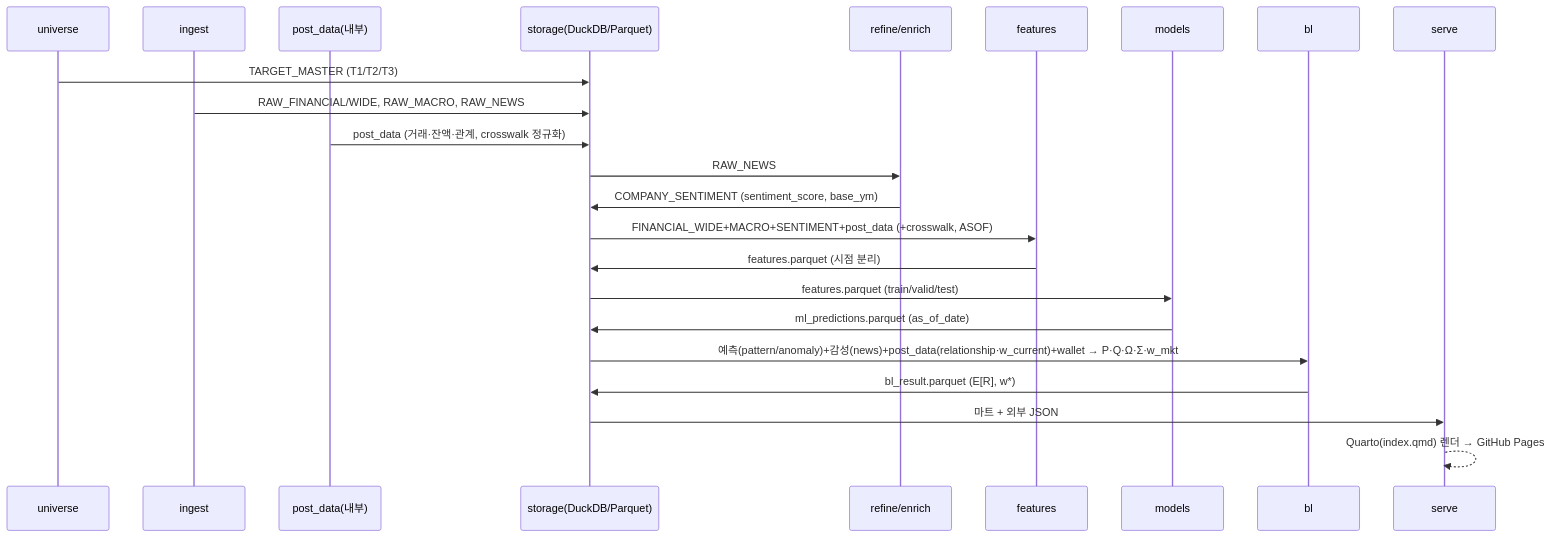
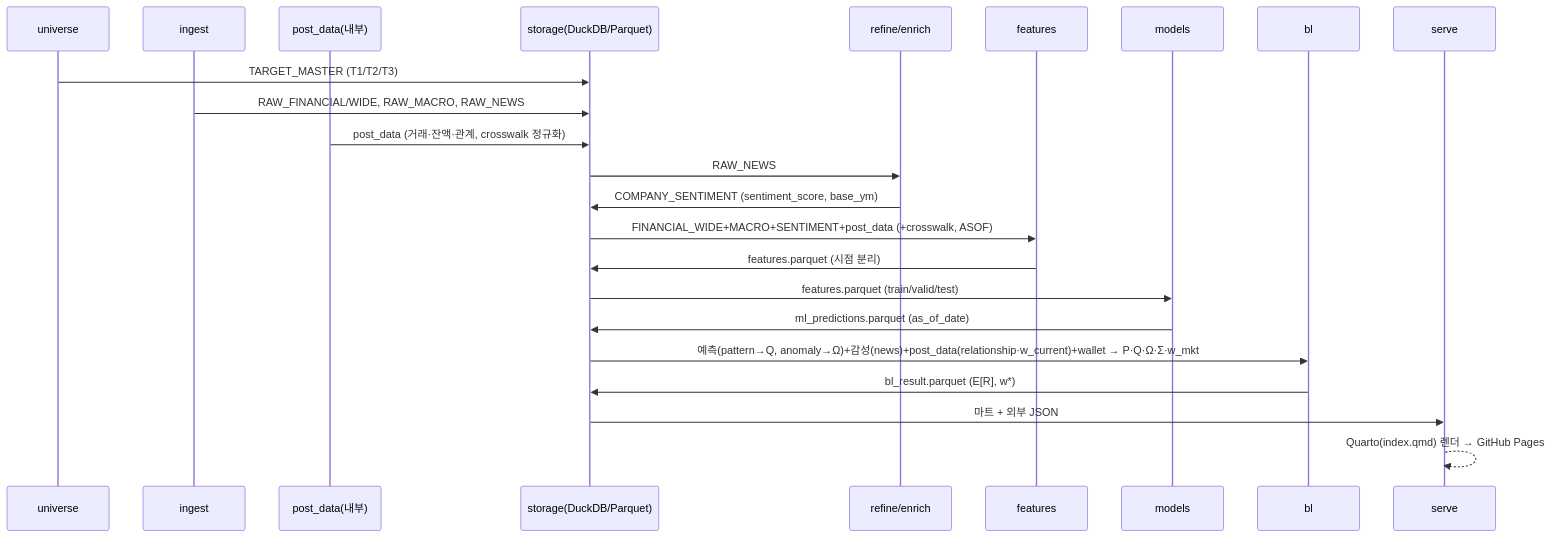
The fourth of 5 diagrams in docs/design/01-system-architecture.md (blunderblus/black_litterman_project), drawn with Mermaid before and after one commit. The commit also changed other lines of this file and 26 other files, not shown here.

````diff
--- a/docs/design/01-system-architecture.md
+++ b/docs/design/01-system-architecture.md
@@ -535,26 +536,26 @@
 ```mermaid
 sequenceDiagram
   participant U as universe
   participant I as ingest
   participant P as post_data(내부)
   participant S as storage(DuckDB/Parquet)
   participant R as refine/enrich
   participant F as features
   participant M as models
   participant B as bl
   participant V as serve
 
   U->>S: TARGET_MASTER (T1/T2/T3)
   I->>S: RAW_FINANCIAL/WIDE, RAW_MACRO, RAW_NEWS
   P->>S: post_data (거래·잔액·관계, crosswalk 정규화)
   S->>R: RAW_NEWS
   R->>S: COMPANY_SENTIMENT (sentiment_score, base_ym)
   S->>F: FINANCIAL_WIDE+MACRO+SENTIMENT+post_data (+crosswalk, ASOF)
   F->>S: features.parquet (시점 분리)
   S->>M: features.parquet (train/valid/test)
   M->>S: ml_predictions.parquet (as_of_date)
-  S->>B: 예측(pattern/anomaly)+감성(news)+post_data(relationship·w_current)+wallet → P·Q·Ω·Σ·w_mkt
+  S->>B: 예측(pattern→Q, anomaly→Ω)+감성(news)+post_data(relationship·w_current)+wallet → P·Q·Ω·Σ·w_mkt
   B->>S: bl_result.parquet (E[R], w*)
   S->>V: 마트 + 외부 JSON
   V-->>V: Quarto(index.qmd) 렌더 → GitHub Pages
 ```
````
